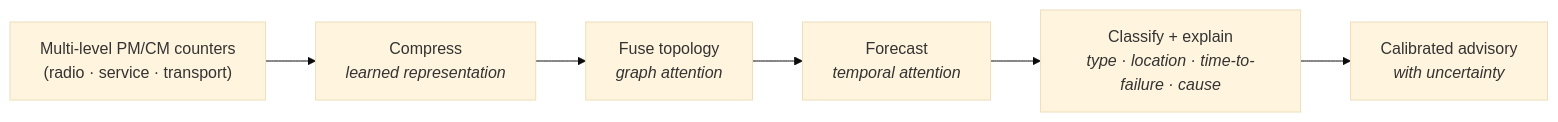
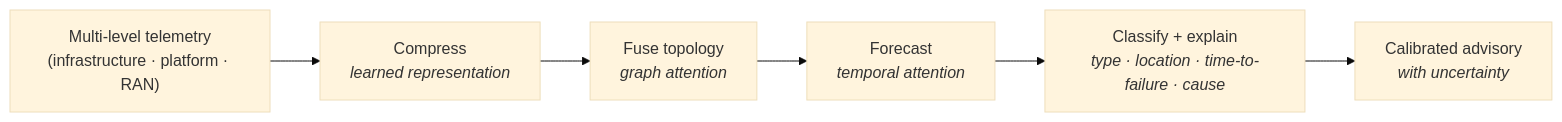
One commit to basillicus/autofm changed the diagram in README.md. Above: the diagram before and after it, drawn with Mermaid (base theme). The commit also changed other lines of this file, not shown here.

Commit message:
README: align to multi-level (infrastructure/platform/RAN) model and fault scope

````diff
--- a/README.md
+++ b/README.md
@@ -52,8 +53,8 @@
 ```mermaid
 flowchart LR
-    A["Multi-level PM/CM counters<br/>(radio · service · transport)"] --> B["Compress<br/><i>learned representation</i>"]
+    A["Multi-level telemetry<br/>(infrastructure · platform · RAN)"] --> B["Compress<br/><i>learned representation</i>"]
     B --> C["Fuse topology<br/><i>graph attention</i>"]
     C --> D["Forecast<br/><i>temporal attention</i>"]
     D --> E["Classify + explain<br/><i>type · location · time-to-failure · cause</i>"]
     E --> F["Calibrated advisory<br/><i>with uncertainty</i>"]
 ```
````
